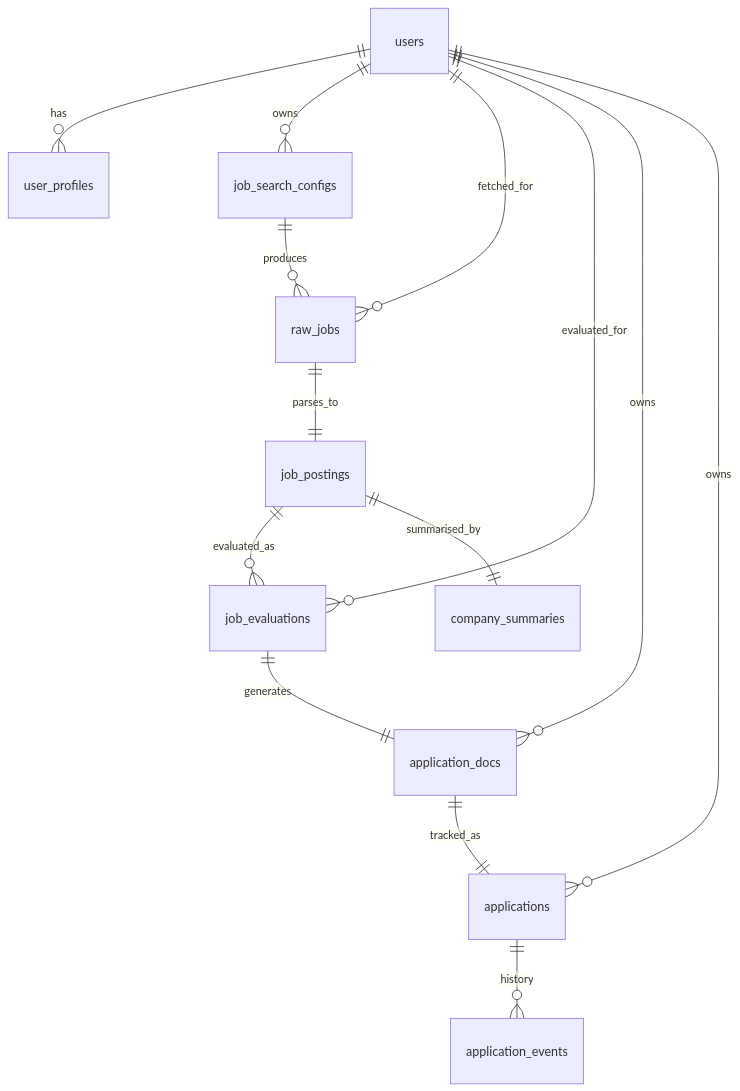
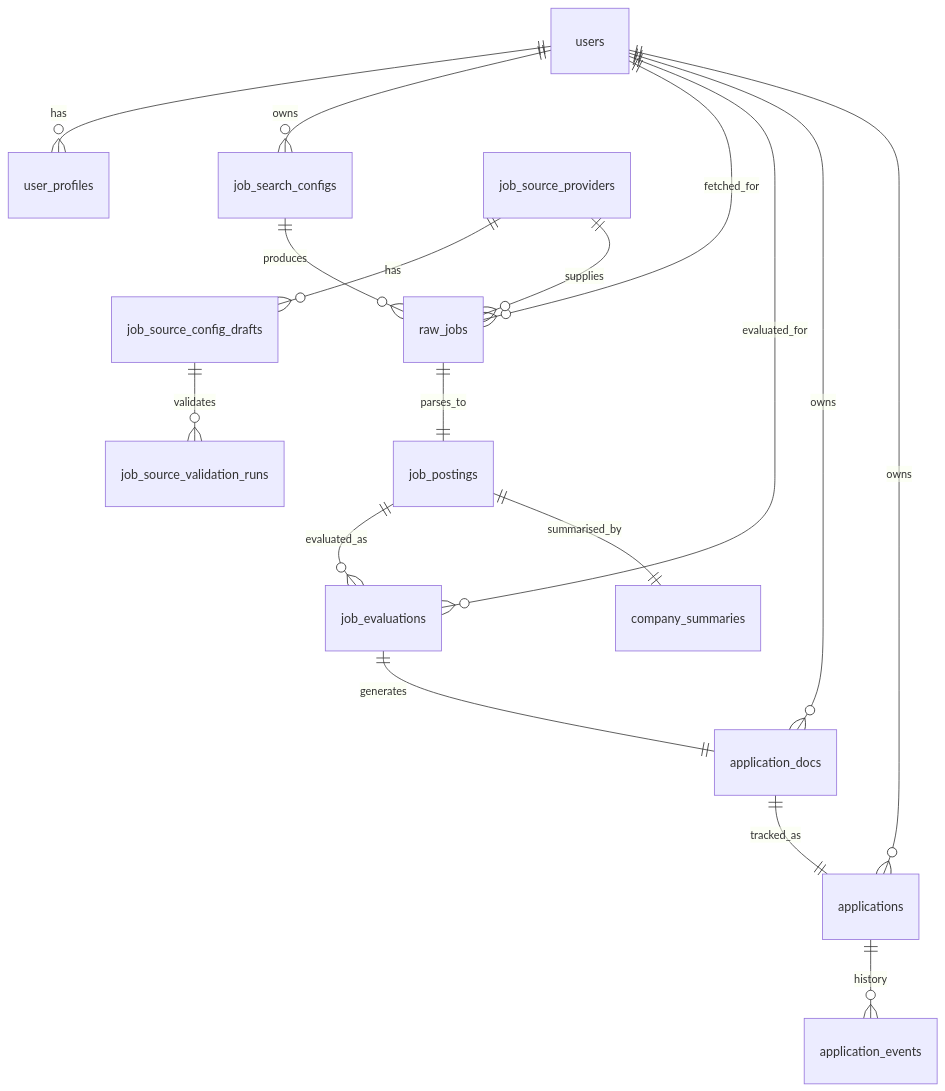
The diagram in docs/architecture/03-data-model.md (Gathondu/kaziro), drawn with Mermaid before and after one commit. The commit also changed other lines of this file and 32 other files, not shown here.

````diff
--- a/docs/architecture/03-data-model.md
+++ b/docs/architecture/03-data-model.md
@@ -28,17 +28,20 @@
 ```mermaid
 erDiagram
   users ||--o{ user_profiles : has
   users ||--o{ job_search_configs : owns
   users ||--o{ raw_jobs : "fetched_for"
   users ||--o{ job_evaluations : "evaluated_for"
   users ||--o{ application_docs : "owns"
   users ||--o{ applications : "owns"
 
+  job_source_providers ||--o{ job_source_config_drafts : "has"
+  job_source_config_drafts ||--o{ job_source_validation_runs : "validates"
+  job_source_providers ||--o{ raw_jobs : "supplies"
   job_search_configs ||--o{ raw_jobs : produces
   raw_jobs ||--|| job_postings : "parses_to"
   job_postings ||--o{ job_evaluations : "evaluated_as"
   job_postings ||--|| company_summaries : "summarised_by"
   job_evaluations ||--|| application_docs : "generates"
   application_docs ||--|| applications : "tracked_as"
   applications ||--o{ application_events : "history"
 ```
````
